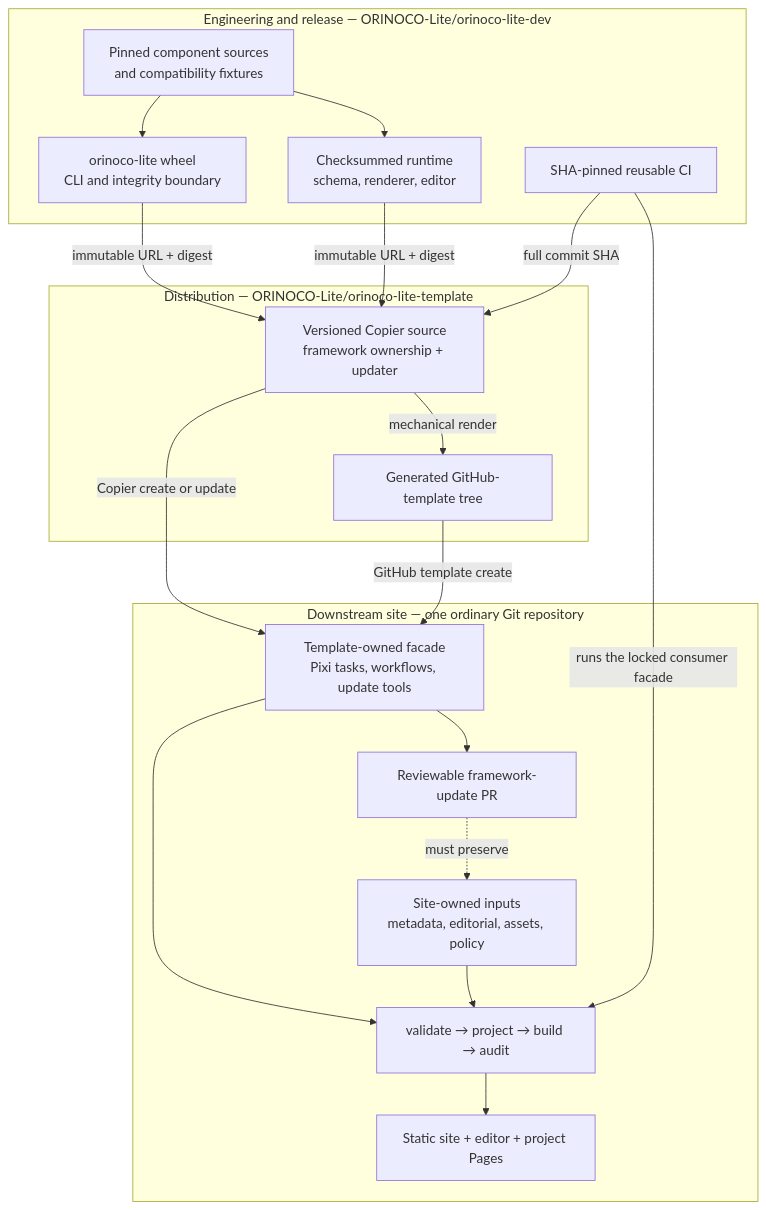
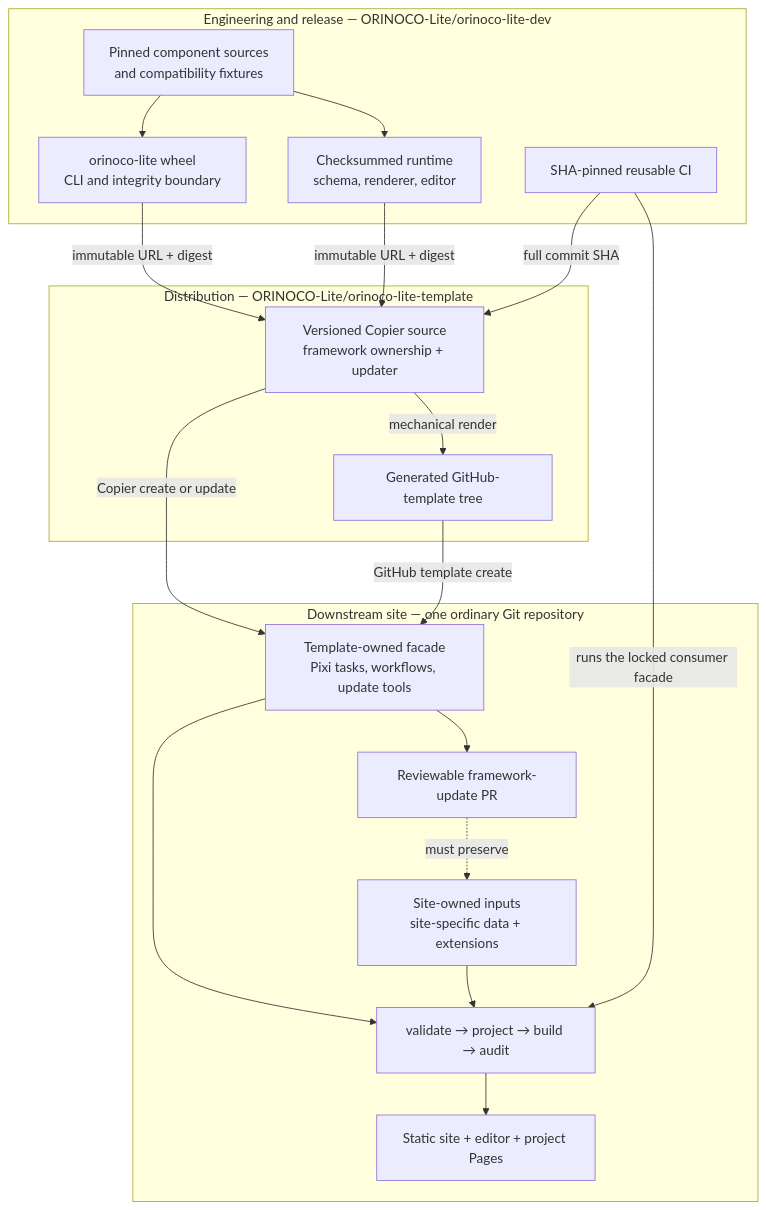
Before and after one commit to ORINOCO-Lite/orinoco-lite-dev: the diagram in README.md, drawn with Mermaid. The commit also changed other lines of this file and 56 other files, not shown here.

````diff
--- a/README.md
+++ b/README.md
@@ -11,37 +11,37 @@
 ```mermaid
 flowchart TB
     subgraph engineering["Engineering and release — ORINOCO-Lite/orinoco-lite-dev"]
         components["Pinned component sources<br/>and compatibility fixtures"]
         engine["orinoco-lite wheel<br/>CLI and integrity boundary"]
         runtime["Checksummed runtime<br/>schema, renderer, editor"]
         workflow["SHA-pinned reusable CI"]
         components --> engine
         components --> runtime
     end
 
     subgraph distribution["Distribution — ORINOCO-Lite/orinoco-lite-template"]
         copier["Versioned Copier source<br/>framework ownership + updater"]
         snapshot["Generated GitHub-template tree"]
         copier -->|mechanical render| snapshot
     end
 
     subgraph downstream["Downstream site — one ordinary Git repository"]
         facade["Template-owned facade<br/>Pixi tasks, workflows, update tools"]
-        content["Site-owned inputs<br/>metadata, editorial, assets, policy"]
+        content["Site-owned inputs<br/>site-specific data + extensions"]
         pipeline["validate → project → build → audit"]
         output["Static site + editor + project Pages"]
         update["Reviewable framework-update PR"]
         facade --> pipeline
         content --> pipeline
         pipeline --> output
         facade --> update
         update -.->|must preserve| content
     end
 
     engine -->|immutable URL + digest| copier
     runtime -->|immutable URL + digest| copier
     workflow -->|full commit SHA| copier
     workflow -->|runs the locked consumer facade| pipeline
     copier -->|Copier create or update| facade
     snapshot -->|GitHub template create| facade
 ```
````
